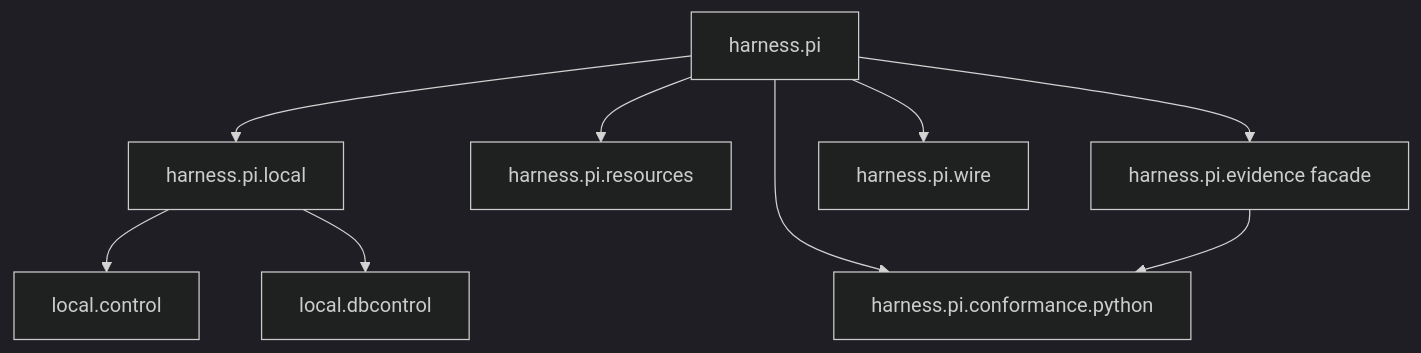
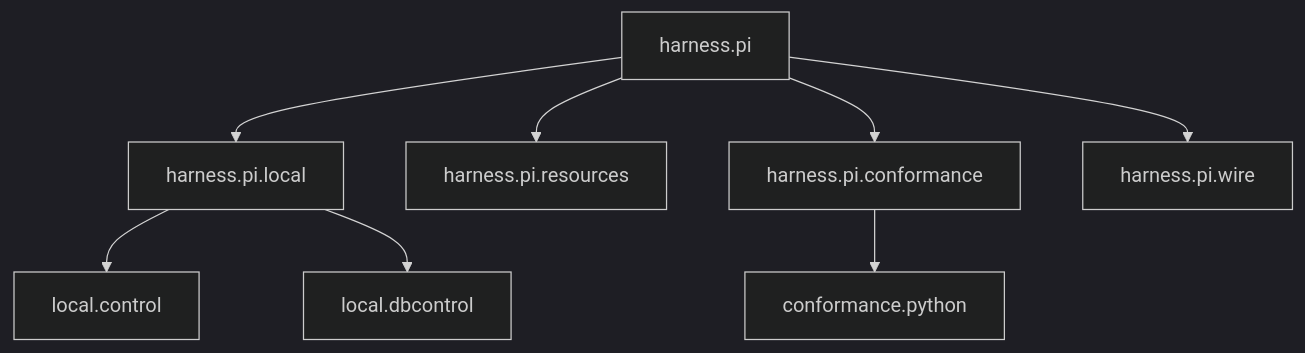
Before and after one commit to eragasa/ksdft2effmass: the second of 2 diagrams in docs/architecture/v1/ksdft2effmass/harness/pi/index.md, drawn with Mermaid (dark theme). The commit also changed 19 other files, not shown here.

Commit message:
retire Python evidence facade

````diff
--- a/docs/architecture/v1/ksdft2effmass/harness/pi/index.md
+++ b/docs/architecture/v1/ksdft2effmass/harness/pi/index.md
@@ -41,20 +41,19 @@
 ```mermaid
 flowchart TD
     pi["harness.pi"]
     local["harness.pi.local"]
     control["local.control"]
     dbcontrol["local.dbcontrol"]
     resources["harness.pi.resources"]
-    conformance["harness.pi.conformance.python"]
-    evidence["harness.pi.evidence facade"]
+    conformance["harness.pi.conformance"]
+    python["conformance.python"]
     wire["harness.pi.wire"]
 
     pi --> local
     local --> control
     local --> dbcontrol
     pi --> resources
     pi --> conformance
-    pi --> evidence
-    evidence --> conformance
+    conformance --> python
     pi --> wire
 ```
````
